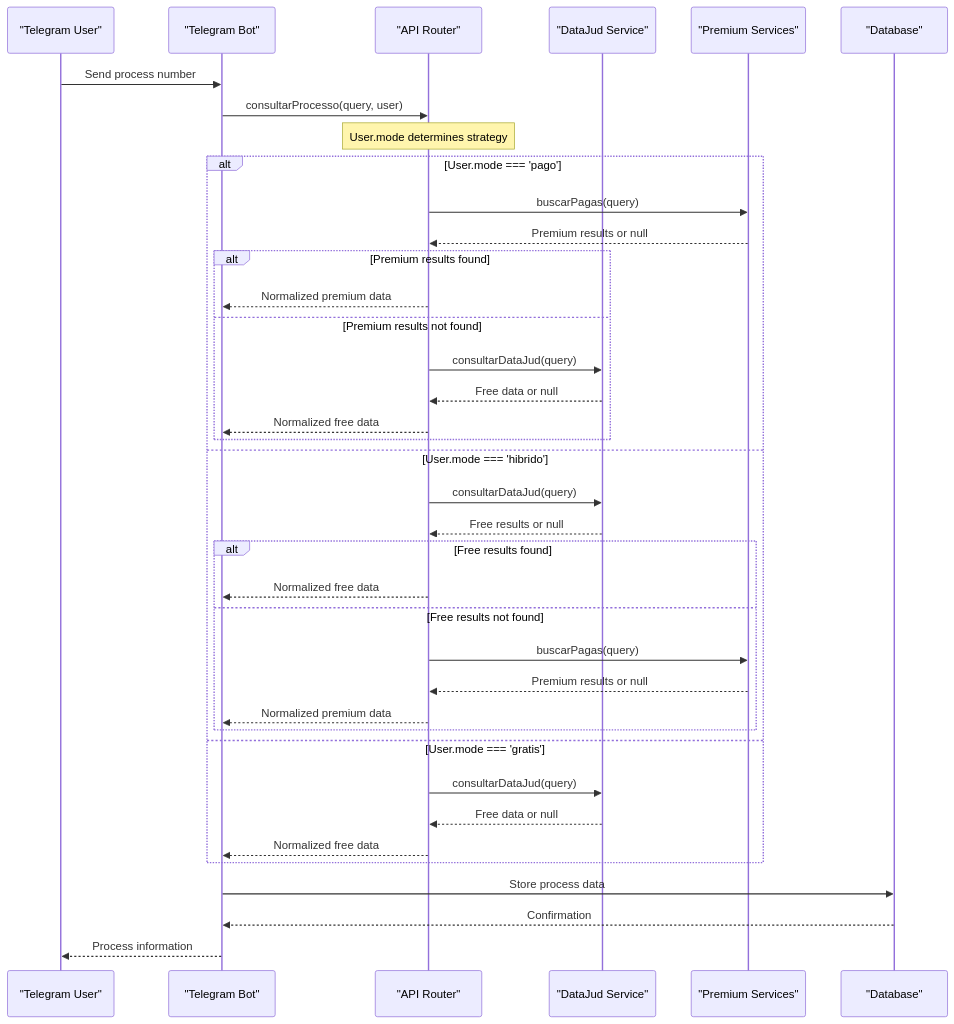
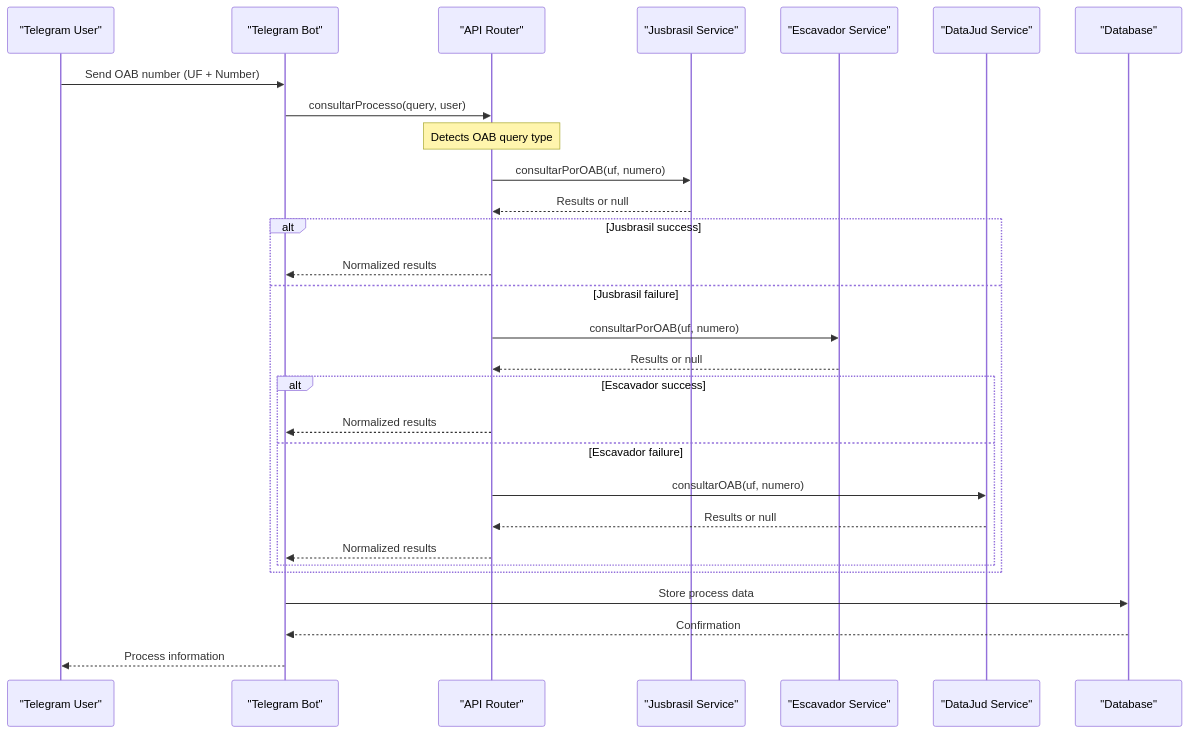
The second of 16 diagrams in .qoder/repowiki/en/content/API Integration Layer/API Integration Layer.md (Alexandrexicara/bot-processos), drawn with Mermaid before and after one commit. The commit also changed other lines of this file and 10 other files, not shown here.

````diff
--- a/.qoder/repowiki/en/content/API Integration Layer/API Integration Layer.md
+++ b/.qoder/repowiki/en/content/API Integration Layer/API Integration Layer.md
@@ -176,40 +186,31 @@
 ```mermaid
 sequenceDiagram
 participant User as "Telegram User"
 participant Bot as "Telegram Bot"
 participant API as "API Router"
-participant Free as "DataJud Service"
-participant Paid as "Premium Services"
+participant Jusbrasil as "Jusbrasil Service"
+participant Escavador as "Escavador Service"
+participant DataJud as "DataJud Service"
 participant DB as "Database"
-User->>Bot : Send process number
+User->>Bot : Send OAB number (UF + Number)
 Bot->>API : consultarProcesso(query, user)
-Note over API : User.mode determines strategy
-alt User.mode === 'pago'
-API->>Paid : buscarPagas(query)
-Paid-->>API : Premium results or null
-alt Premium results found
-API-->>Bot : Normalized premium data
-else Premium results not found
-API->>Free : consultarDataJud(query)
-Free-->>API : Free data or null
-API-->>Bot : Normalized free data
+Note over API : Detects OAB query type
+API->>Jusbrasil : consultarPorOAB(uf, numero)
+Jusbrasil-->>API : Results or null
+alt Jusbrasil success
+API-->>Bot : Normalized results
+else Jusbrasil failure
+API->>Escavador : consultarPorOAB(uf, numero)
+Escavador-->>API : Results or null
+alt Escavador success
+API-->>Bot : Normalized results
+else Escavador failure
+API->>DataJud : consultarOAB(uf, numero)
+DataJud-->>API : Results or null
+API-->>Bot : Normalized results
 end
-else User.mode === 'hibrido'
-API->>Free : consultarDataJud(query)
-Free-->>API : Free results or null
-alt Free results found
-API-->>Bot : Normalized free data
-else Free results not found
-API->>Paid : buscarPagas(query)
-Paid-->>API : Premium results or null
-API-->>Bot : Normalized premium data
-end
-else User.mode === 'gratis'
-API->>Free : consultarDataJud(query)
-Free-->>API : Free data or null
-API-->>Bot : Normalized free data
 end
 Bot->>DB : Store process data
 DB-->>Bot : Confirmation
 Bot-->>User : Process information
 ```
````
